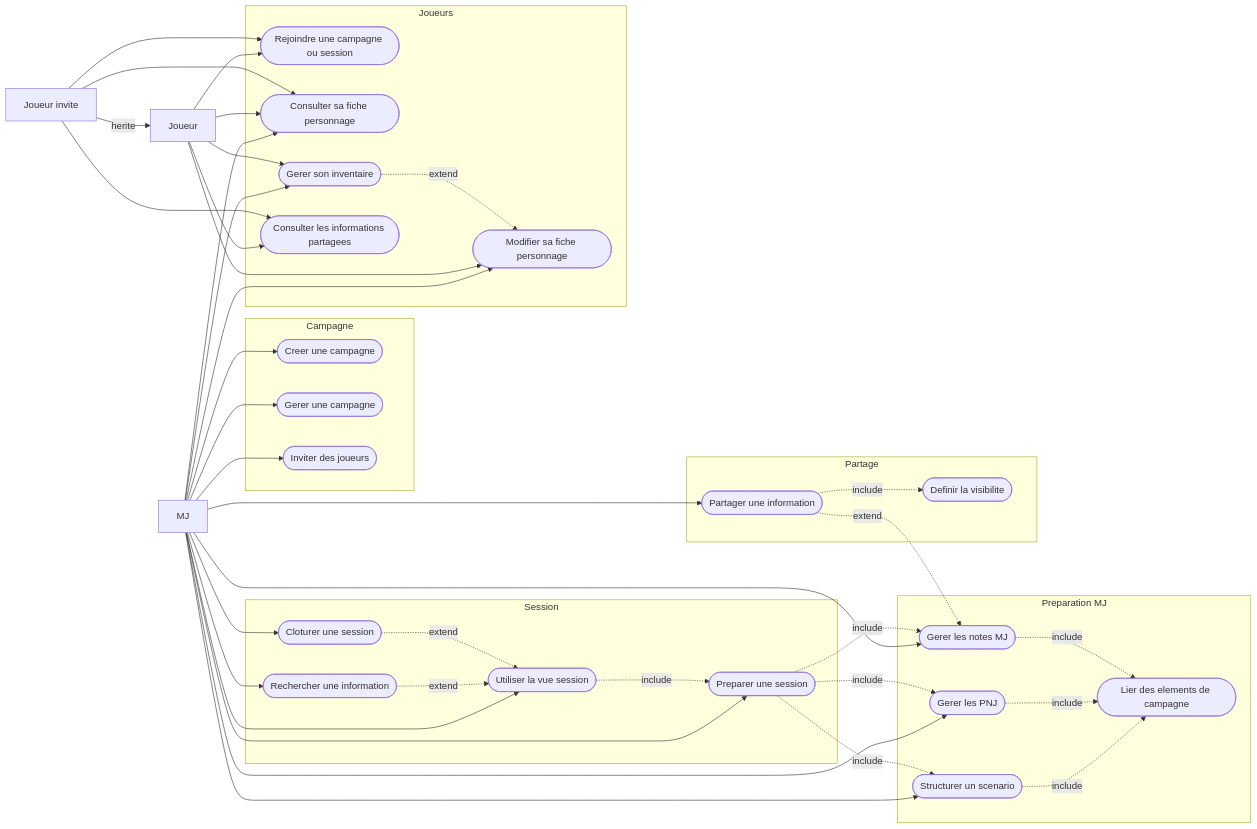
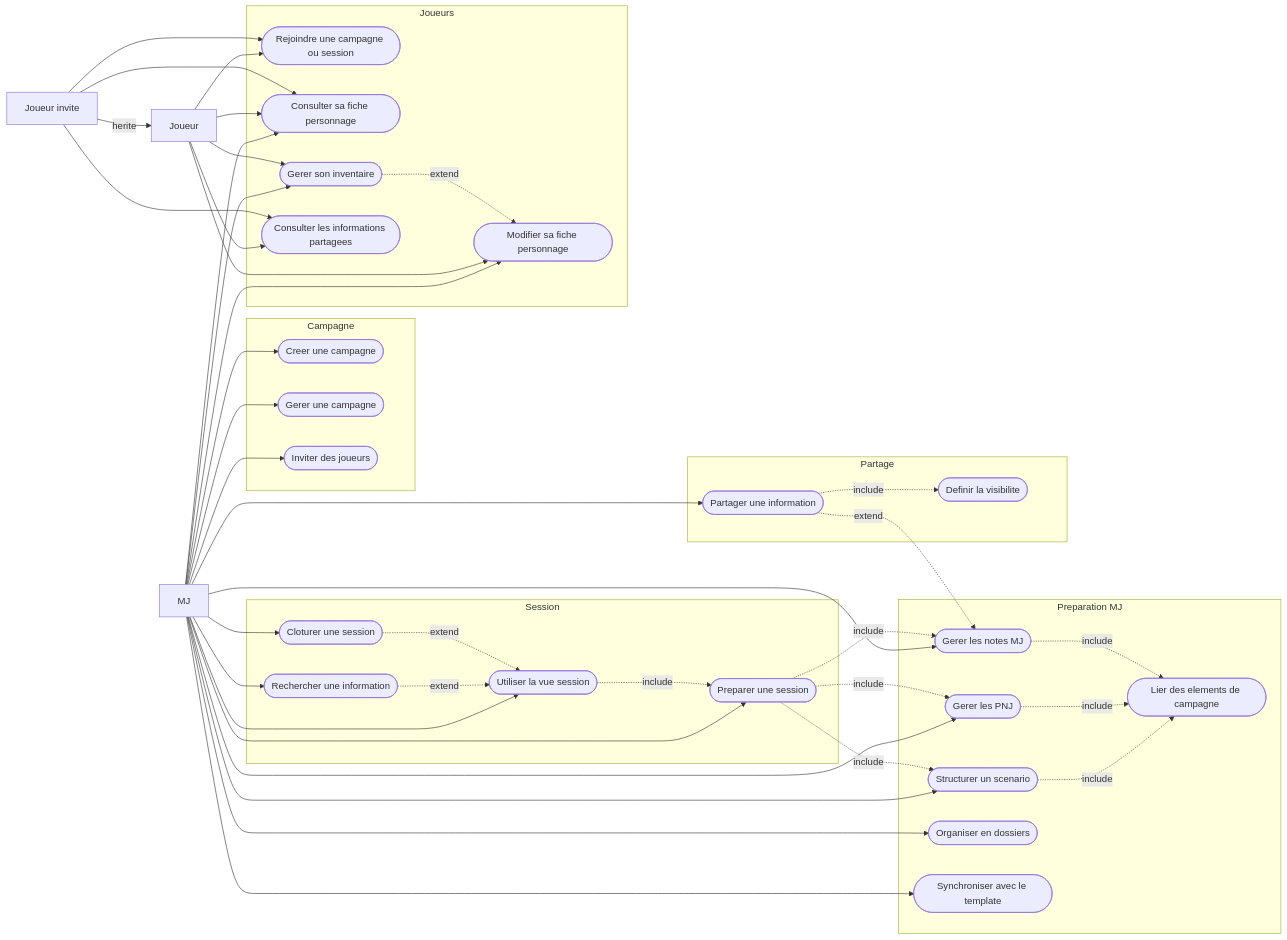
Before and after one commit to 2025-10-CDA-ECO-P6/PM-micro-saas: the second of 5 diagrams in docs/conception/DiagrammeCasUtilisation.md, drawn with Mermaid. The commit also changed other lines of this file and 28 other files, not shown here.

Commit message:
docs: add folders, backlinks and template sync across all conception files

````diff
--- a/docs/conception/DiagrammeCasUtilisation.md
+++ b/docs/conception/DiagrammeCasUtilisation.md
@@ -67,69 +69,73 @@
 ```mermaid
 flowchart LR
     MJ["MJ"]
     Player["Joueur"]
     Guest["Joueur invite"]
     Guest -- herite --> Player
     subgraph CAMP["Campagne"]
         UC_CREATE(["Creer une campagne"])
         UC_MANAGE(["Gerer une campagne"])
         UC_INVITE(["Inviter des joueurs"])
     end
     subgraph PREP["Preparation MJ"]
         UC_SCENARIO(["Structurer un scenario"])
         UC_NPC(["Gerer les PNJ"])
         UC_NOTES(["Gerer les notes MJ"])
         UC_LINK(["Lier des elements de campagne"])
+        UC_FOLDERS(["Organiser en dossiers"])
+        UC_TPL_SYNC(["Synchroniser avec le template"])
     end
     subgraph SESSION["Session"]
         UC_PREP_SESSION(["Preparer une session"])
         UC_RUN_SESSION(["Utiliser la vue session"])
         UC_SEARCH(["Rechercher une information"])
         UC_CLOSE(["Cloturer une session"])
     end
     subgraph JOUEURS["Joueurs"]
         UC_JOIN(["Rejoindre une campagne ou session"])
         UC_VIEW_CHAR(["Consulter sa fiche personnage"])
         UC_EDIT_CHAR(["Modifier sa fiche personnage"])
         UC_INVENTORY(["Gerer son inventaire"])
         UC_SHARED(["Consulter les informations partagees"])
     end
     subgraph PARTAGE["Partage"]
         UC_SHARE(["Partager une information"])
         UC_VISIBILITY(["Definir la visibilite"])
     end
     MJ --> UC_CREATE
     MJ --> UC_MANAGE
     MJ --> UC_INVITE
     MJ --> UC_SCENARIO
     MJ --> UC_NPC
     MJ --> UC_NOTES
+    MJ --> UC_FOLDERS
+    MJ --> UC_TPL_SYNC
     MJ --> UC_PREP_SESSION
     MJ --> UC_RUN_SESSION
     MJ --> UC_SEARCH
     MJ --> UC_CLOSE
     MJ --> UC_SHARE
     MJ --> UC_VIEW_CHAR
     MJ --> UC_EDIT_CHAR
     MJ --> UC_INVENTORY
     Player --> UC_JOIN
     Player --> UC_VIEW_CHAR
     Player --> UC_EDIT_CHAR
     Player --> UC_INVENTORY
     Player --> UC_SHARED
     Guest --> UC_JOIN
     Guest --> UC_VIEW_CHAR
     Guest --> UC_SHARED
     UC_SCENARIO -.->|"include"| UC_LINK
     UC_NPC -.->|"include"| UC_LINK
     UC_NOTES -.->|"include"| UC_LINK
     UC_PREP_SESSION -.->|"include"| UC_SCENARIO
     UC_PREP_SESSION -.->|"include"| UC_NPC
     UC_PREP_SESSION -.->|"include"| UC_NOTES
     UC_RUN_SESSION -.->|"include"| UC_PREP_SESSION
     UC_SHARE -.->|"include"| UC_VISIBILITY
     UC_SEARCH -.->|"extend"| UC_RUN_SESSION
     UC_CLOSE -.->|"extend"| UC_RUN_SESSION
     UC_SHARE -.->|"extend"| UC_NOTES
     UC_INVENTORY -.->|"extend"| UC_EDIT_CHAR
 ```
````
